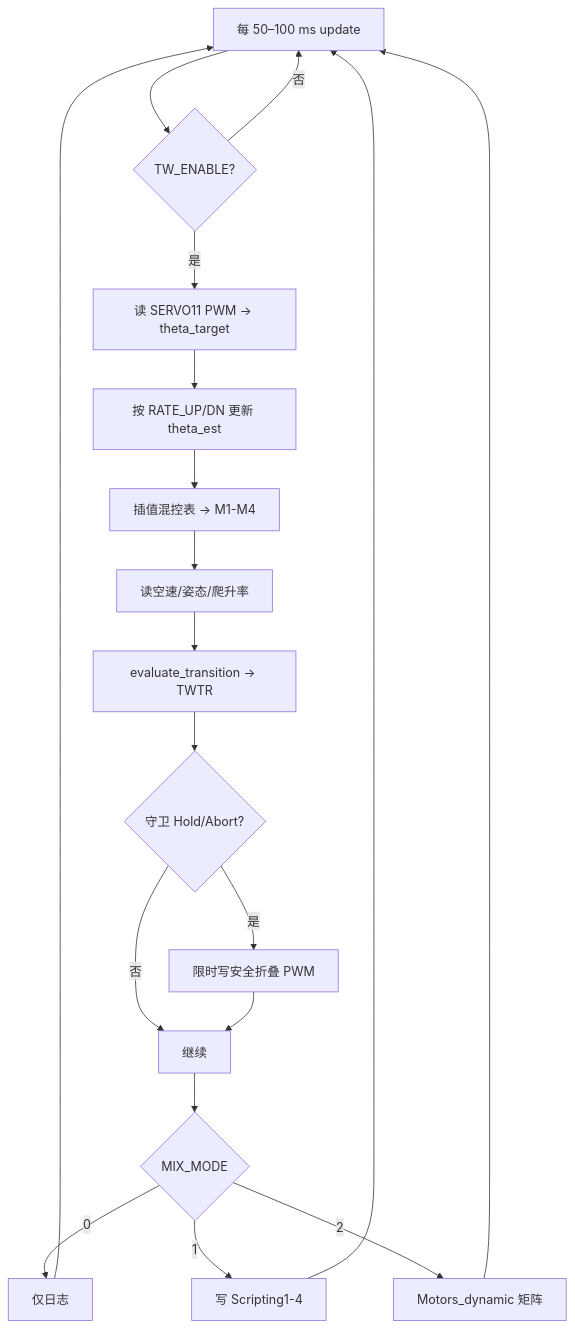
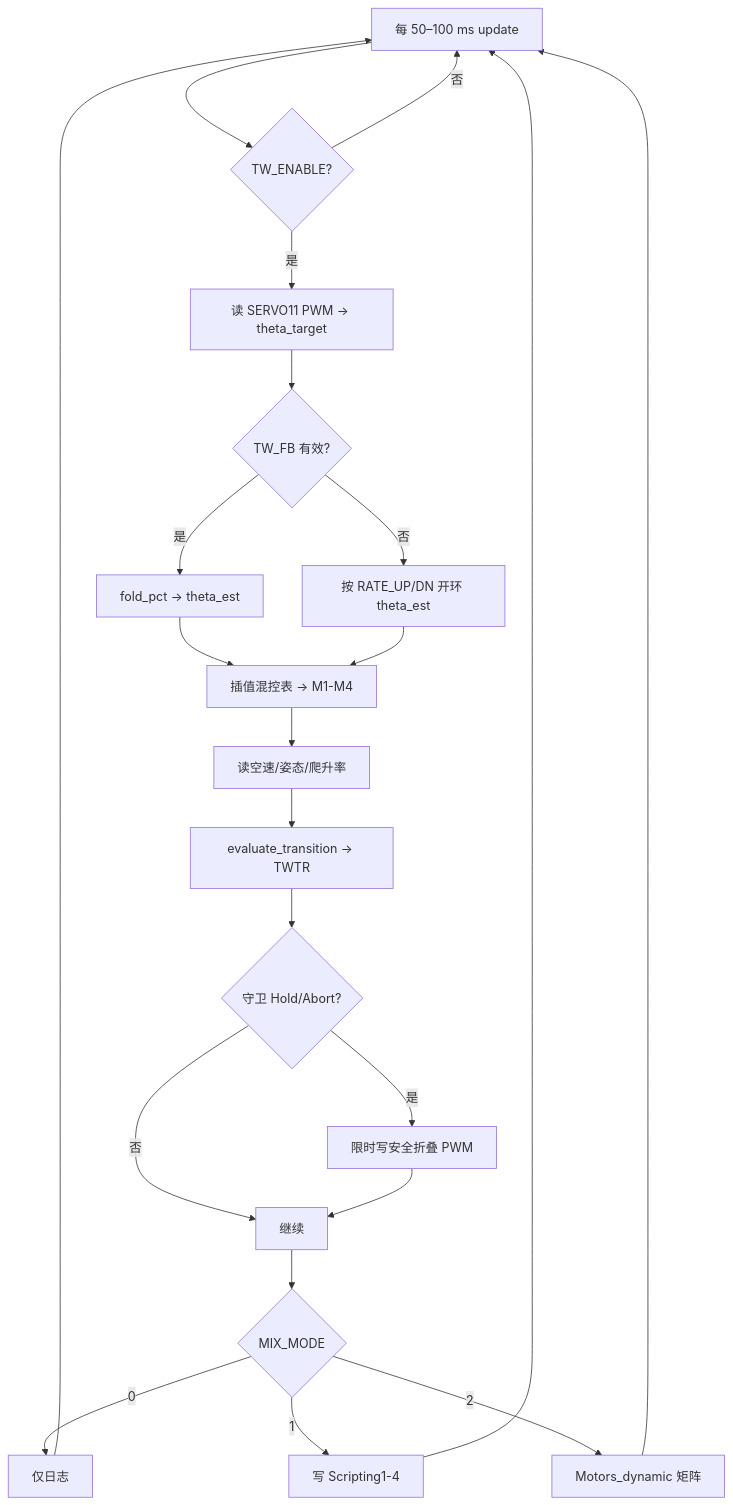
The diagram in Transwing_Lua_动态混控仿真说明.md (1314520alu/TRANSWING), drawn with Mermaid before and after one commit. The commit also changed other lines of this file and 3 other files, not shown here.

````diff
--- a/Transwing_Lua_动态混控仿真说明.md
+++ b/Transwing_Lua_动态混控仿真说明.md
@@ -527,21 +566,24 @@
 ```mermaid
 flowchart TD
   A[每 50–100 ms update] --> B{TW_ENABLE?}
   B -- 否 --> A
   B -- 是 --> C[读 SERVO11 PWM → theta_target]
-  C --> D[按 RATE_UP/DN 更新 theta_est]
-  D --> E[插值混控表 → M1-M4]
+  C --> C2{TW_FB 有效?}
+  C2 -- 是 --> D1[fold_pct → theta_est]
+  C2 -- 否 --> D2[按 RATE_UP/DN 开环 theta_est]
+  D1 --> E[插值混控表 → M1-M4]
+  D2 --> E
   E --> F[读空速/姿态/爬升率]
   F --> G[evaluate_transition → TWTR]
   G --> H{守卫 Hold/Abort?}
   H -- 是 --> I[限时写安全折叠 PWM]
   H -- 否 --> J[继续]
   I --> J
   J --> K{MIX_MODE}
   K -- 0 --> L[仅日志]
   K -- 1 --> M[写 Scripting1-4]
   K -- 2 --> N[Motors_dynamic 矩阵]
   L --> A
   M --> A
   N --> A
 ```
````
